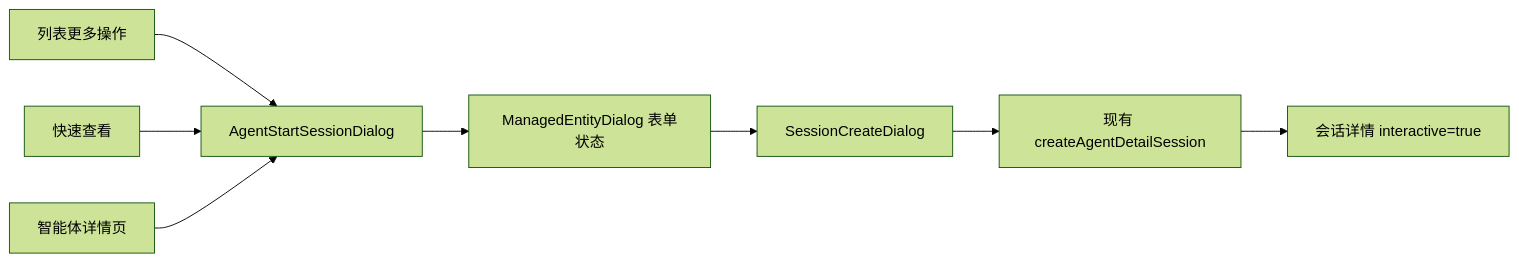
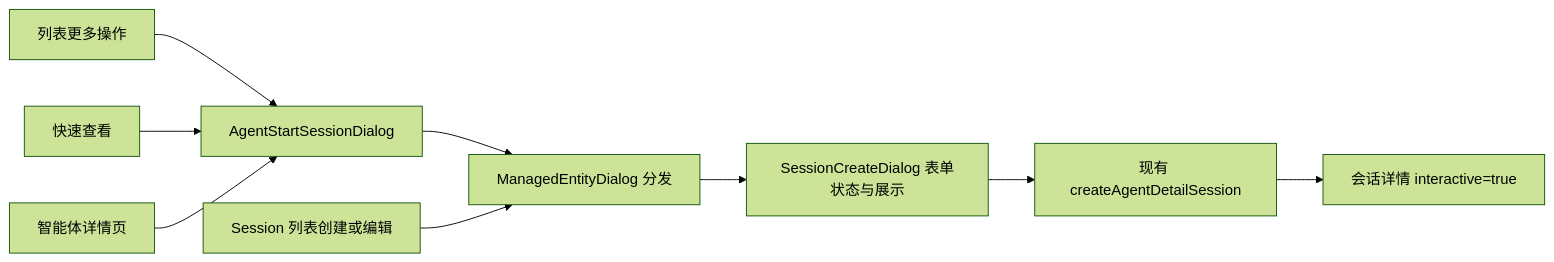
One commit to superduck-ai/open-managed-agents changed the diagram in docs/design/fe/agent/agent-list-actions.md. Above: the diagram before and after it, drawn with Mermaid (forest theme). The commit also changed other lines of this file and 30 other files, not shown here.

````diff
--- a/docs/design/fe/agent/agent-list-actions.md
+++ b/docs/design/fe/agent/agent-list-actions.md
@@ -25,10 +25,11 @@
 ```mermaid
 flowchart LR
     Row[列表更多操作] --> Start[AgentStartSessionDialog]
     Preview[快速查看] --> Start
     Detail[智能体详情页] --> Start
-    Start --> State[ManagedEntityDialog 表单状态]
-    State --> Form[SessionCreateDialog]
+    Start --> Dispatch[ManagedEntityDialog 分发]
+    Dispatch --> Form[SessionCreateDialog 表单状态与展示]
+    List[Session 列表创建或编辑] --> Dispatch
     Form --> API[现有 createAgentDetailSession]
     API --> Session[会话详情 interactive=true]
 ```
````
